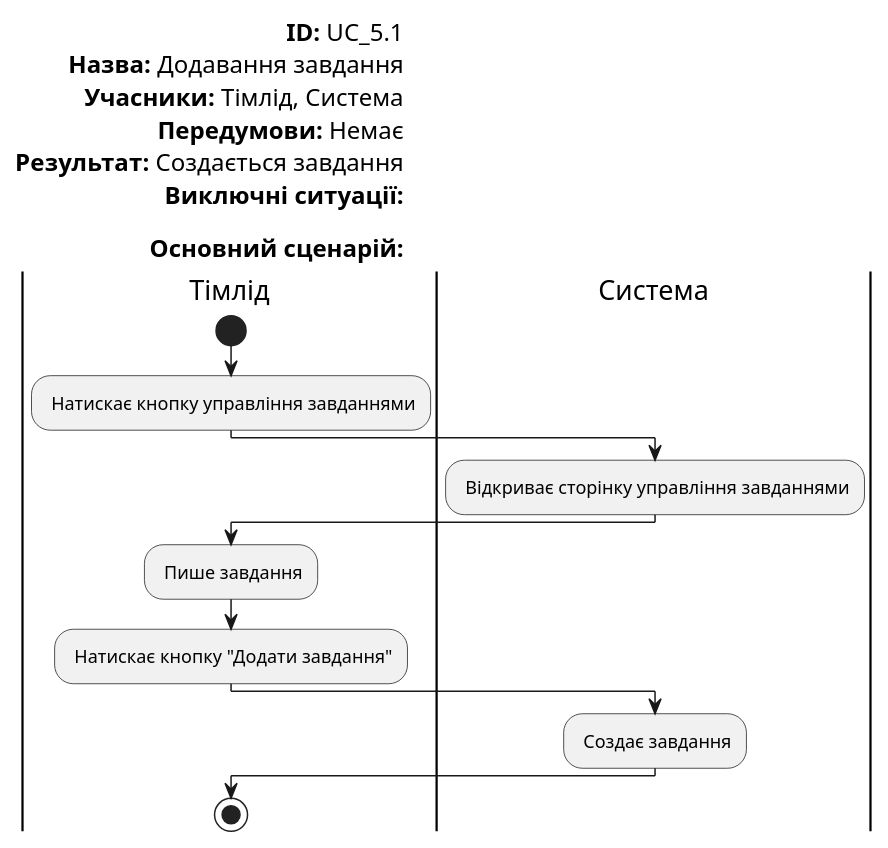
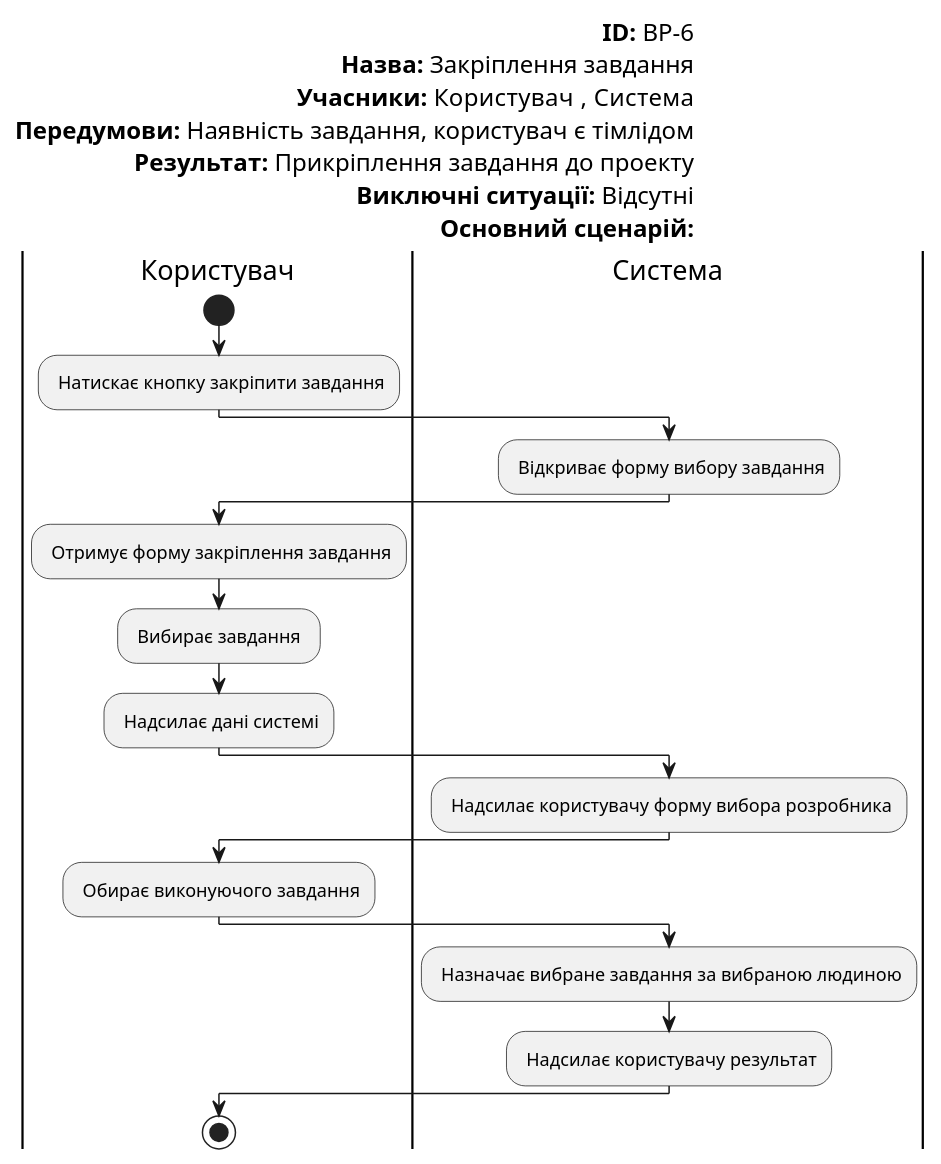
The eighth of 9 diagrams in docs/use cases/README.md (edu-db/edu_db_labs), drawn with PlantUML before and after one commit. The commit also changed other lines of this file, not shown here.

```diff
--- a/docs/use cases/README.md
+++ b/docs/use cases/README.md
@@ -556,26 +405,39 @@
 @startuml
 
     left header
-    <font color=000 size=16><b>ID:</b> UC_5.1
-    <font color=000 size=16><b>Назва:</b> Додавання завдання
-    <font color=000 size=16><b>Учасники:</b> Тімлід, Система
-    <font color=000 size=16><b>Передумови:</b> Немає
-    <font color=000 size=16><b>Результат:</b> Создається завдання
-    <font color=000 size=16><b>Виключні ситуації:</b>
-    
-    <font color=000 size=16><b>Основний сценарій:</b>
+<font color=000 size=16><b>ID:</b> ВP-6
+<font color=000 size=16><b>Назва:</b> Закріплення завдання
+<font color=000 size=16><b>Учасники:</b> Користувач  , Система
+<font color=000 size=16><b>Передумови:</b> Наявність завдання, користувач є тімлідом
+<font color=000 size=16><b>Результат:</b> Прикріплення завдання до проекту
+<font color=000 size=16><b>Виключні ситуації:</b> Відсутні
+<font color=000 size=16><b>Основний сценарій:</b>
 end header
 
-    |Тімлід|
-        start
-        : Натискає кнопку управління завданнями;
-    |Система|
-        : Відкриває сторінку управління завданнями;
-    |Тімлід|
-        : Пише завдання;
-        : Натискає кнопку "Додати завдання";
-    |Система|   
-        : Создає завдання;
-    |Тімлід|
-        stop;
+|Користувач|
+    start
+    : Натискає кнопку закріпити завдання;
+|Система|
+    : Відкриває форму вибору завдання;
+|Користувач|
+    : Отримує форму закріплення завдання;
+|Користувач|
+    : Вибирає завдання ;
+|Користувач|
+    : Надсилає дані системі;
+|Система|   
+    : Надсилає користувачу форму вибора розробника;
+    
+|Користувач|
+    : Обирає виконуючого завдання;
+    
+|Система|   
+    : Назначає вибране завдання за вибраною людиною;
+ 
+    : Надсилає користувачу результат;
+    
+  
+    
+|Користувач|
+    stop;
 @enduml
```
